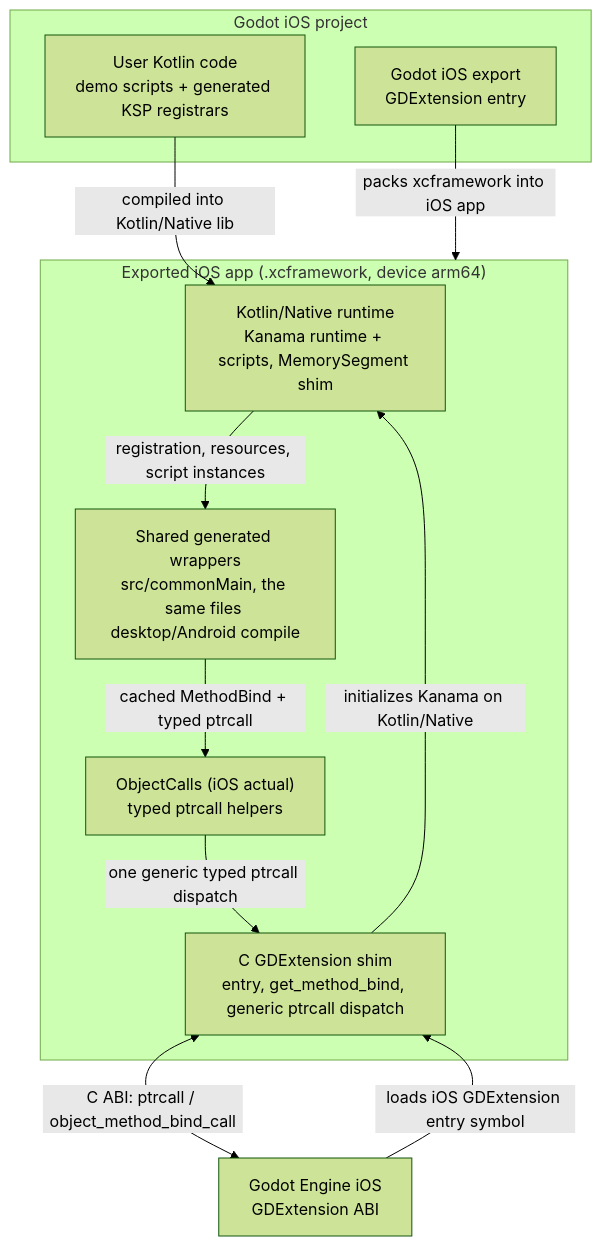
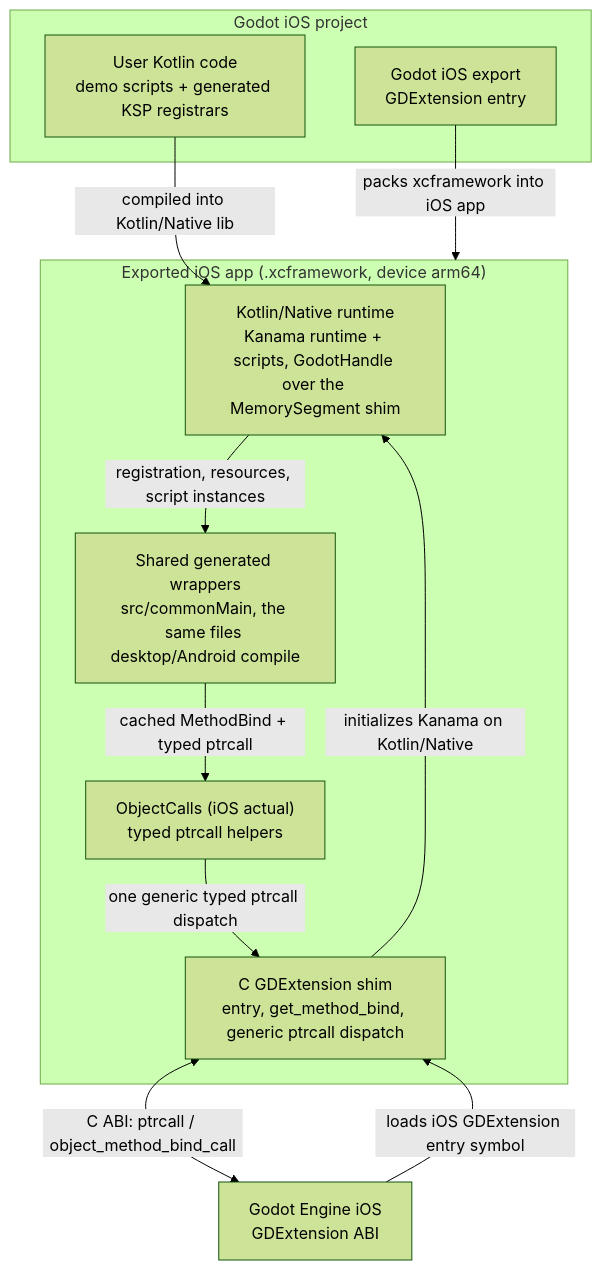
Before and after one commit to falcon4ever/kanama: the third of 5 diagrams in docs/contributing/architecture.md, drawn with Mermaid (forest theme). The commit also changed other lines of this file and 1142 other files, not shown here.

First line of the commit message:
api: GodotHandle replaces MemorySegment in every public wrapper and script signature (task 104, step 1) (#247)

````diff
--- a/docs/contributing/architecture.md
+++ b/docs/contributing/architecture.md
@@ -84,25 +84,25 @@
 ```mermaid
 flowchart TB
     subgraph PROJECT["Godot iOS project"]
         USER["User Kotlin code<br/>demo scripts + generated KSP registrars"]
         EXPORT["Godot iOS export<br/>GDExtension entry"]
     end
 
     subgraph APP["Exported iOS app (.xcframework, device arm64)"]
-        KN["Kotlin/Native runtime<br/>Kanama runtime + scripts, MemorySegment shim"]
+        KN["Kotlin/Native runtime<br/>Kanama runtime + scripts, GodotHandle over the MemorySegment shim"]
         WRAP["Shared generated wrappers<br/>src/commonMain, the same files desktop/Android compile"]
         OC["ObjectCalls (iOS actual)<br/>typed ptrcall helpers"]
         SHIM["C GDExtension shim<br/>entry, get_method_bind, generic ptrcall dispatch"]
     end
 
     GODOT["Godot Engine iOS<br/>GDExtension ABI"]
 
     USER -->|"compiled into Kotlin/Native lib"| KN
     EXPORT -->|"packs xcframework into iOS app"| APP
     GODOT -->|"loads iOS GDExtension entry symbol"| SHIM
     SHIM -->|"initializes Kanama on Kotlin/Native"| KN
     KN -->|"registration, resources, script instances"| WRAP
     WRAP -->|"cached MethodBind + typed ptrcall"| OC
     OC -->|"one generic typed ptrcall dispatch"| SHIM
     SHIM <-->|"C ABI: ptrcall / object_method_bind_call"| GODOT
 ```
````
